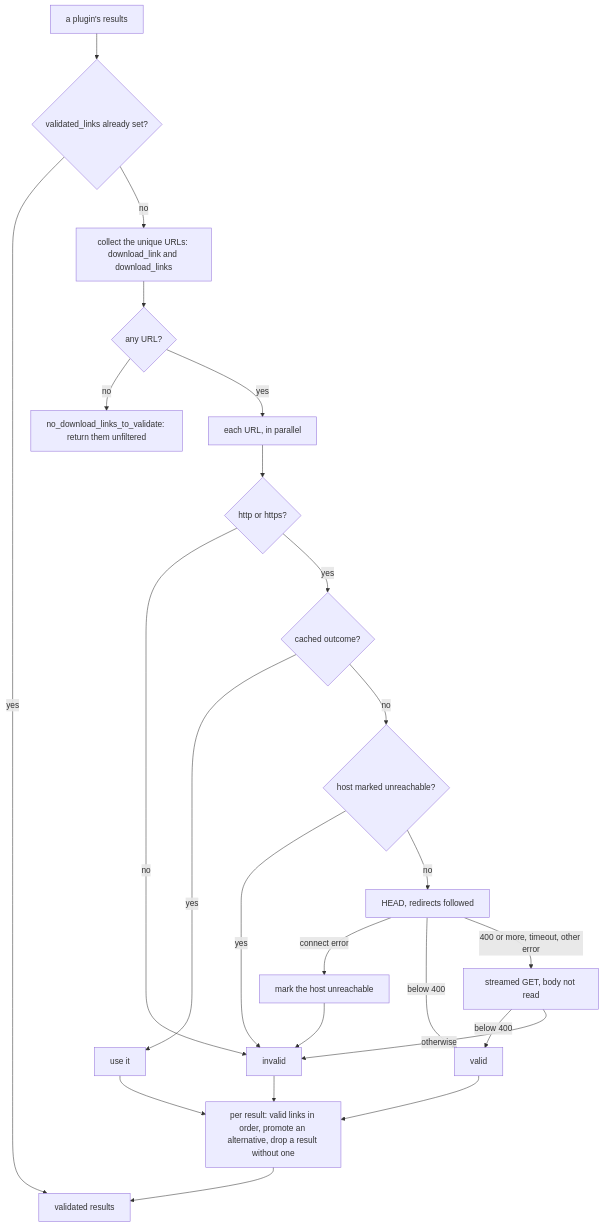
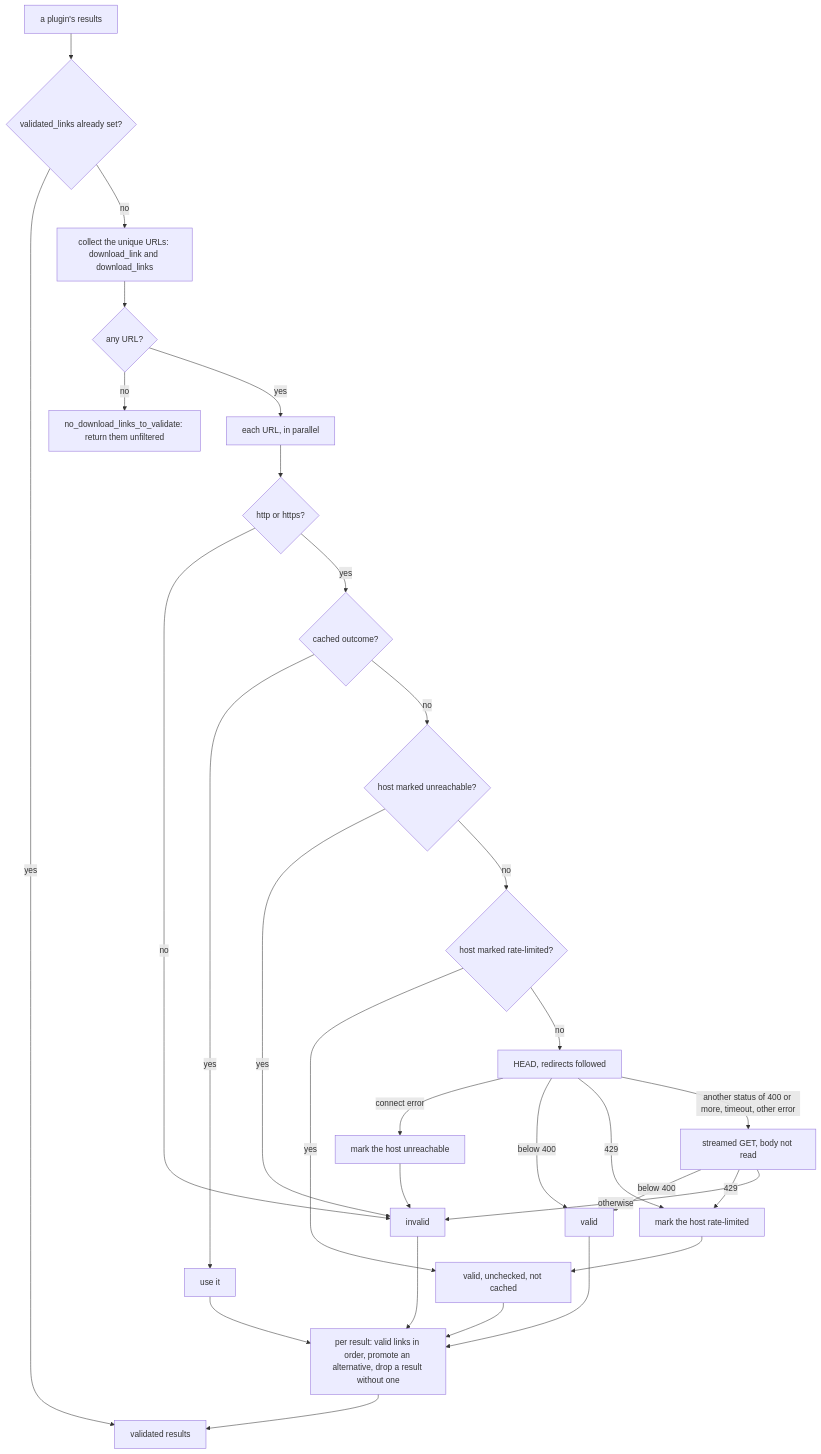
The diagram in docs/current/link-validation.md (Strob0t/Scavengarr), drawn with Mermaid before and after one commit. The commit also changed other lines of this file and 6 other files, not shown here.

````diff
--- a/docs/current/link-validation.md
+++ b/docs/current/link-validation.md
@@ -24,25 +24,30 @@
 ```mermaid
 flowchart TD
     IN[a plugin's results] --> PRE{validated_links already set?}
     PRE -- yes --> OUT[validated results]
     PRE -- no --> COL[collect the unique URLs: download_link and download_links]
     COL --> NONE{any URL?}
     NONE -- no --> ALL[no_download_links_to_validate: return them unfiltered]
     NONE -- yes --> URL[each URL, in parallel]
     URL --> HTTP{http or https?}
     HTTP -- no --> BAD[invalid]
     HTTP -- yes --> CACHE{cached outcome?}
     CACHE -- yes --> USE[use it]
     CACHE -- no --> HOST{host marked unreachable?}
     HOST -- yes --> BAD
-    HOST -- no --> HEAD[HEAD, redirects followed]
+    HOST -- no --> BUSY{host marked rate-limited?}
+    BUSY -- yes --> LIVE[valid, unchecked, not cached]
+    BUSY -- no --> HEAD[HEAD, redirects followed]
     HEAD -- connect error --> MARK[mark the host unreachable] --> BAD
     HEAD -- below 400 --> GOOD[valid]
-    HEAD -- 400 or more, timeout, other error --> GET[streamed GET, body not read]
+    HEAD -- 429 --> RL[mark the host rate-limited] --> LIVE
+    HEAD -- another status of 400 or more, timeout, other error --> GET[streamed GET, body not read]
     GET -- below 400 --> GOOD
+    GET -- 429 --> RL
     GET -- otherwise --> BAD
     GOOD --> APPLY[per result: valid links in order, promote an alternative, drop a result without one]
     BAD --> APPLY
     USE --> APPLY
+    LIVE --> APPLY
     APPLY --> OUT
 ```
````
